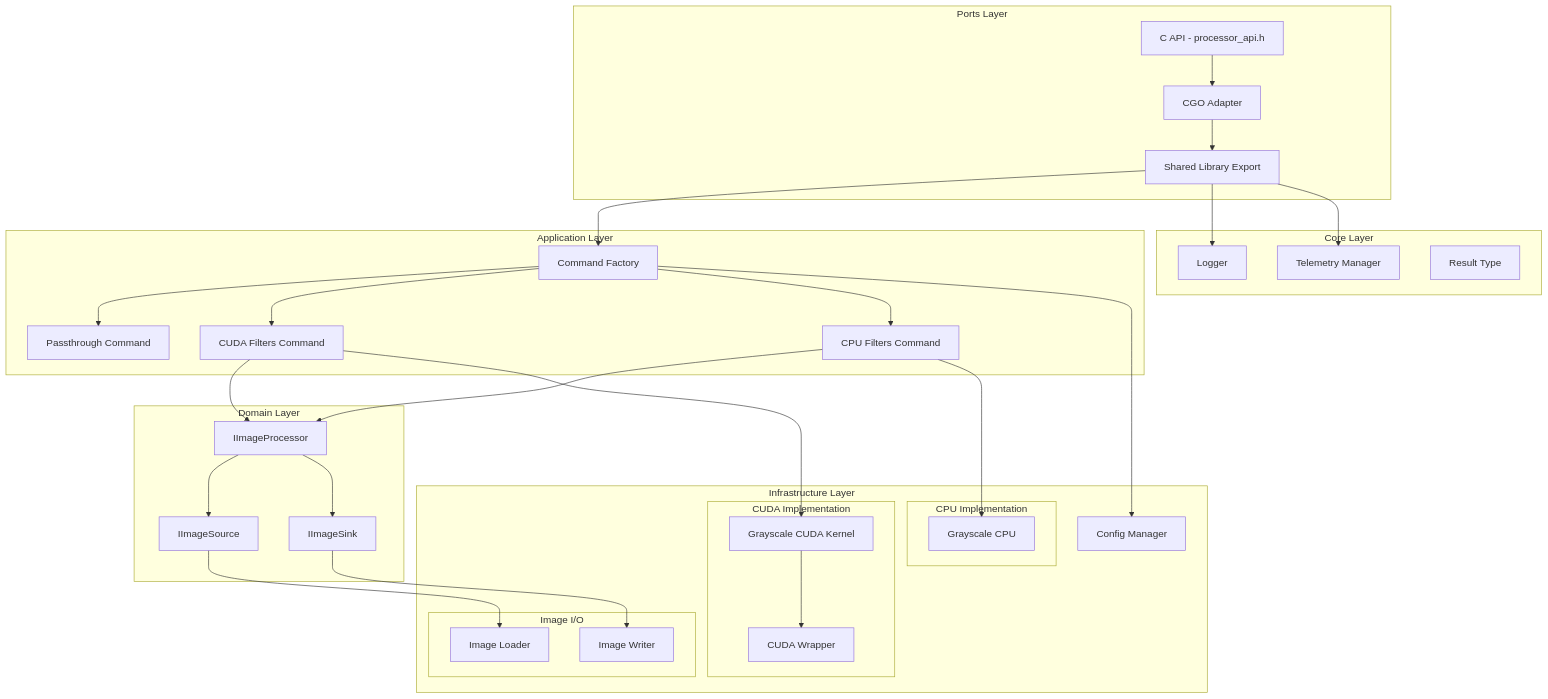
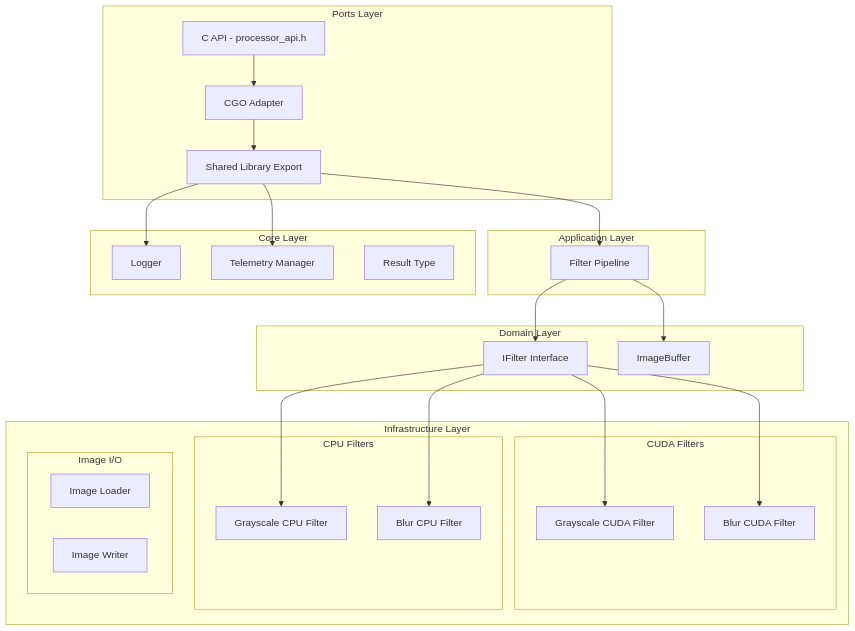
The first of 3 diagrams in cpp_accelerator/README.md (josnelihurt/learning-cuda), drawn with Mermaid before and after one commit. The commit also changed other lines of this file and 19 other files, not shown here.

First line of the commit message:
refactor: remove deprecated commands and migrate to filter pipeline

````diff
--- a/cpp_accelerator/README.md
+++ b/cpp_accelerator/README.md
@@ -23,64 +23,52 @@
 ```mermaid
 graph TB
     subgraph "Ports Layer"
         API[C API - processor_api.h]
         CGO[CGO Adapter]
         SharedLib[Shared Library Export]
     end
     
     subgraph "Application Layer"
-        CommandFactory[Command Factory]
-        PassthroughCmd[Passthrough Command]
-        CudaFiltersCmd[CUDA Filters Command]
-        CpuFiltersCmd[CPU Filters Command]
+        FilterPipeline[Filter Pipeline]
     end
     
     subgraph "Domain Layer"
-        ProcessorInterface[IImageProcessor]
-        ImageSource[IImageSource]
-        ImageSink[IImageSink]
+        IFilter[IFilter Interface]
+        ImageBuffer[ImageBuffer]
     end
     
     subgraph "Infrastructure Layer"
-        subgraph "CUDA Implementation"
-            GrayscaleCUDA[Grayscale CUDA Kernel]
-            KernelWrapper[CUDA Wrapper]
+        subgraph "CUDA Filters"
+            GrayscaleCUDA[Grayscale CUDA Filter]
+            BlurCUDA[Blur CUDA Filter]
         end
         
-        subgraph "CPU Implementation"
-            GrayscaleCPU[Grayscale CPU]
+        subgraph "CPU Filters"
+            GrayscaleCPU[Grayscale CPU Filter]
+            BlurCPU[Blur CPU Filter]
         end
         
         subgraph "Image I/O"
             ImageLoader[Image Loader]
             ImageWriter[Image Writer]
         end
-        
-        ConfigManager[Config Manager]
     end
     
     subgraph "Core Layer"
         Logger[Logger]
         Telemetry[Telemetry Manager]
         Result[Result Type]
     end
     
     API --> CGO
     CGO --> SharedLib
-    SharedLib --> CommandFactory
-    CommandFactory --> PassthroughCmd
-    CommandFactory --> CudaFiltersCmd
-    CommandFactory --> CpuFiltersCmd
-    CudaFiltersCmd --> ProcessorInterface
-    CpuFiltersCmd --> ProcessorInterface
-    ProcessorInterface --> ImageSource
-    ProcessorInterface --> ImageSink
-    ImageSource --> ImageLoader
-    ImageSink --> ImageWriter
-    CudaFiltersCmd --> GrayscaleCUDA
-    GrayscaleCUDA --> KernelWrapper
-    CpuFiltersCmd --> GrayscaleCPU
+    SharedLib --> FilterPipeline
+    FilterPipeline --> IFilter
+    IFilter --> GrayscaleCUDA
+    IFilter --> BlurCUDA
+    IFilter --> GrayscaleCPU
+    IFilter --> BlurCPU
+    FilterPipeline --> ImageBuffer
     SharedLib --> Logger
     SharedLib --> Telemetry
-    CommandFactory --> ConfigManager
 ```
````
